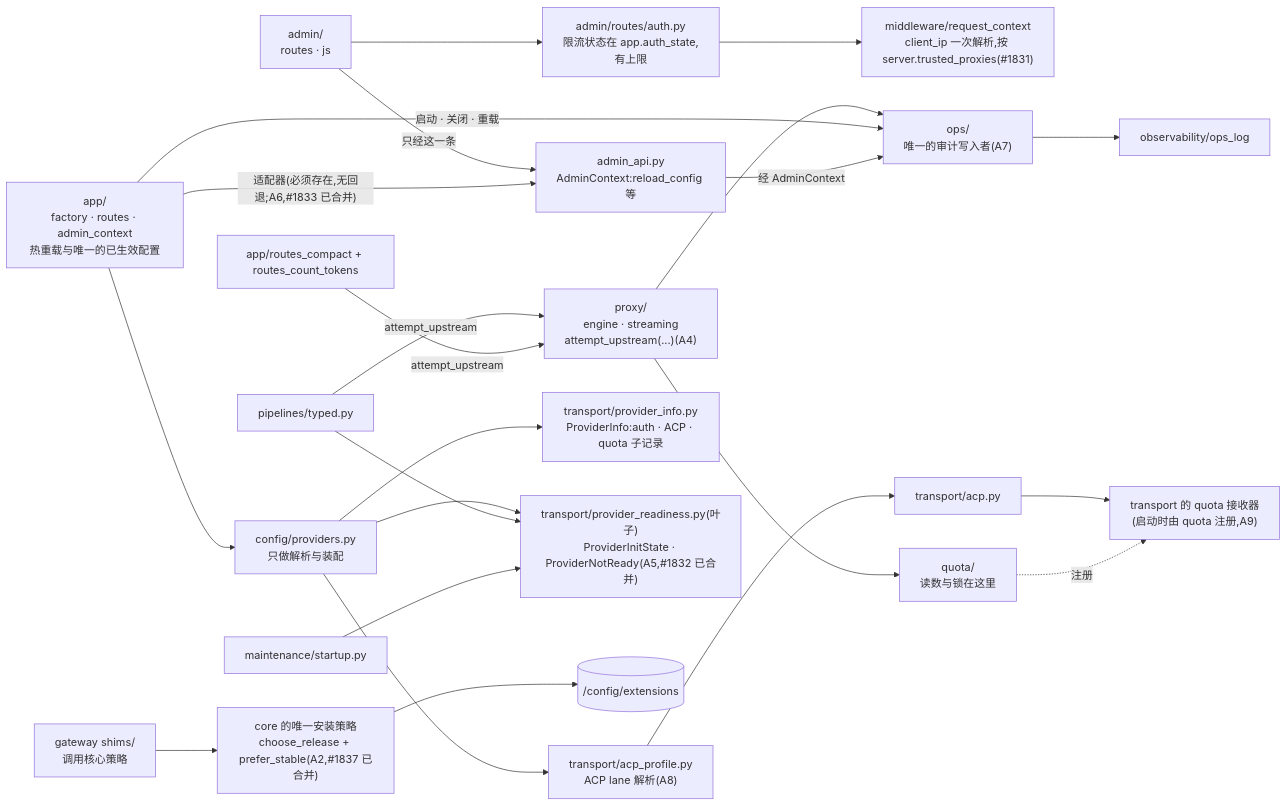
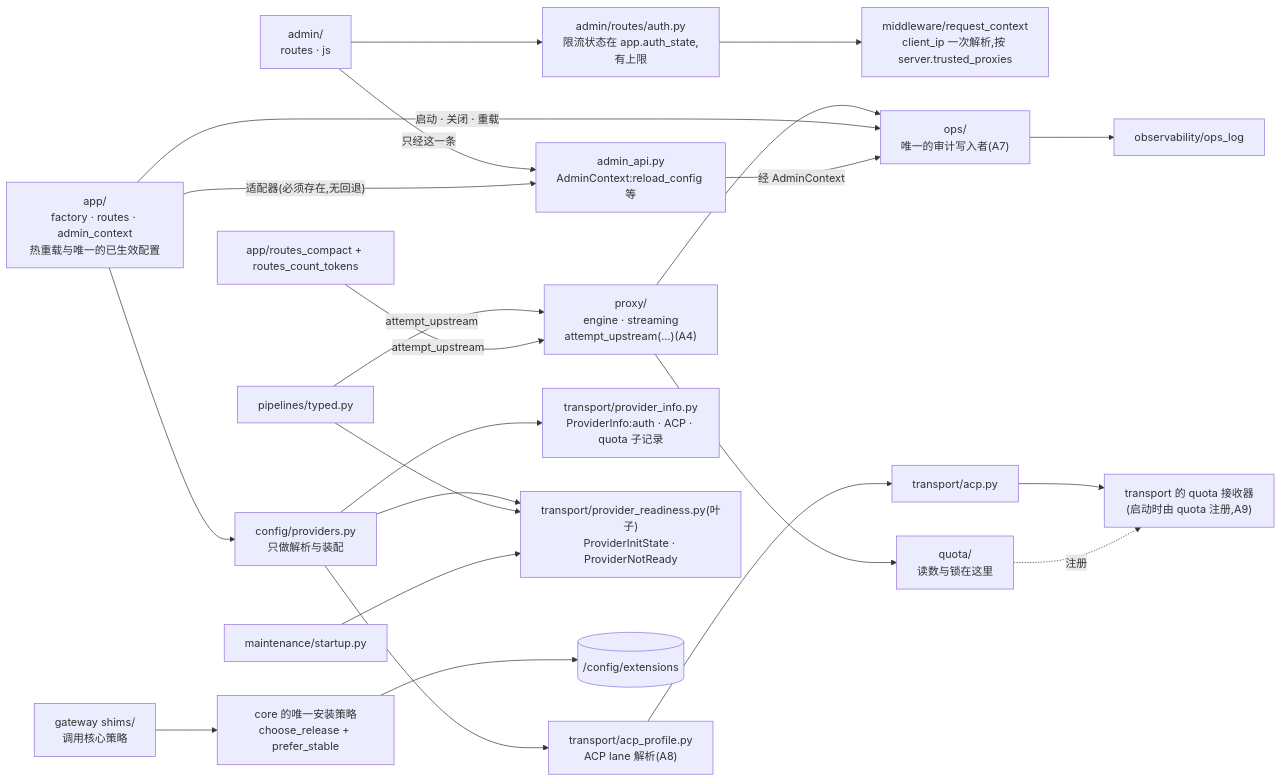
The diagram in gap_ideal.mmd (Oaklight/llm-rosetta), drawn with Mermaid before and after one commit. The commit also changed 10 other files, not shown here.

Commit message:
diagrams: describe the current architecture only; request_log peer_ip and forwarded_for

```diff
--- a/gap_ideal.mmd
+++ b/gap_ideal.mmd
@@ -1,44 +1,44 @@
 flowchart LR
   ADMIN["admin/<br/>routes · js"]
   ADMINAPI["admin_api.py<br/>AdminContext:reload_config 等"]
   APP["app/<br/>factory · routes · admin_context<br/>热重载与唯一的已生效配置"]
   LOGIN["admin/routes/auth.py<br/>限流状态在 app.auth_state,有上限"]
-  MWCTX["middleware/request_context<br/>client_ip 一次解析,按 server.trusted_proxies(#1831)"]
+  MWCTX["middleware/request_context<br/>client_ip 一次解析,按 server.trusted_proxies"]
   PROXY["proxy/<br/>engine · streaming<br/>attempt_upstream(...)(A4)"]
   PIPES["pipelines/typed.py"]
   RELAY["app/routes_compact + routes_count_tokens"]
   CONFIG["config/providers.py<br/>只做解析与装配"]
   ACPPROF["transport/acp_profile.py<br/>ACP lane 解析(A8)"]
   PINFO["transport/provider_info.py<br/>ProviderInfo:auth · ACP · quota 子记录"]
   TRANSPORT["transport/acp.py"]
   SINK["transport 的 quota 接收器<br/>(启动时由 quota 注册,A9)"]
   QUOTA["quota/<br/>读数与锁在这里"]
-  PSTATE["transport/provider_readiness.py(叶子)<br/>ProviderInitState · ProviderNotReady(A5,#1832 已合并)"]
+  PSTATE["transport/provider_readiness.py(叶子)<br/>ProviderInitState · ProviderNotReady"]
   MAINT["maintenance/startup.py"]
   OPS["ops/<br/>唯一的审计写入者(A7)"]
   OPSLOG["observability/ops_log"]
-  EXTCORE["core 的唯一安装策略<br/>choose_release + prefer_stable(A2,#1837 已合并)"]
+  EXTCORE["core 的唯一安装策略<br/>choose_release + prefer_stable"]
   EXTGW["gateway shims/<br/>调用核心策略"]
   EXTDIR[("/config/extensions")]
   ADMIN -->|"只经这一条"| ADMINAPI
-  APP -->|"适配器(必须存在,无回退;A6,#1833 已合并)"| ADMINAPI
+  APP -->|"适配器(必须存在,无回退)"| ADMINAPI
   ADMIN --> LOGIN
   LOGIN --> MWCTX
   PROXY --> QUOTA
   PIPES -->|"attempt_upstream"| PROXY
   RELAY -->|"attempt_upstream"| PROXY
   APP --> CONFIG
   CONFIG --> ACPPROF
   CONFIG --> PINFO
   ACPPROF --> TRANSPORT
   TRANSPORT --> SINK
   QUOTA -.->|"注册"| SINK
   CONFIG --> PSTATE
   PIPES --> PSTATE
   MAINT --> PSTATE
   PROXY --> OPS
   APP -->|"启动 · 关闭 · 重载"| OPS
   ADMINAPI -->|"经 AdminContext"| OPS
   OPS --> OPSLOG
   EXTGW --> EXTCORE
   EXTCORE --> EXTDIR
```
